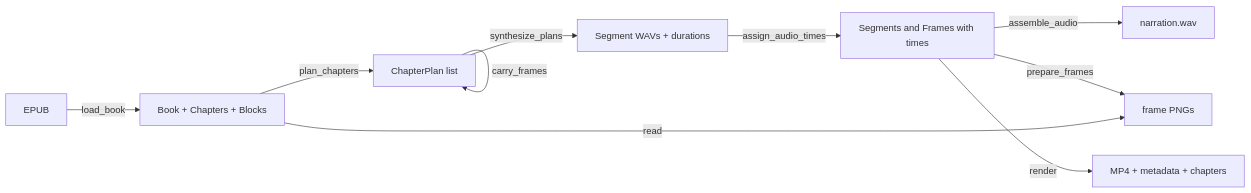
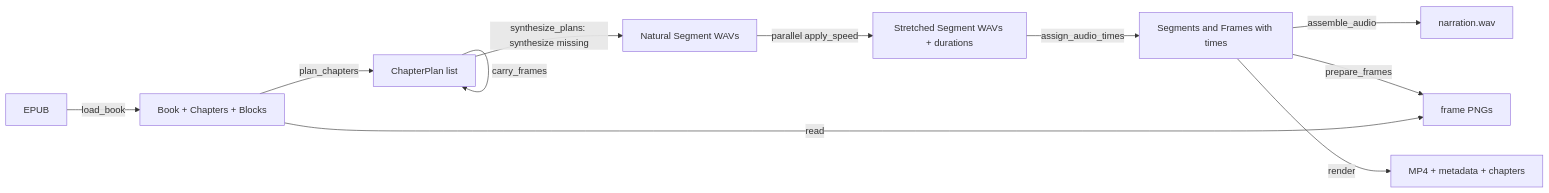
Before and after one commit to NikitaShubin/book2video: the diagram in docs/ARCHITECTURE.md, drawn with Mermaid. The commit also changed other lines of this file and 10 other files, not shown here.

Commit message:
Apply atempo to segments in parallel

````diff
--- a/docs/ARCHITECTURE.md
+++ b/docs/ARCHITECTURE.md
@@ -32,12 +32,13 @@
 ```mermaid
 flowchart LR
     EPUB[EPUB] -->|load_book| BOOK[Book + Chapters + Blocks]
     BOOK -->|plan_chapters| PLAN[ChapterPlan list]
     PLAN -->|carry_frames| PLAN
-    PLAN -->|synthesize_plans| AUDIO[Segment WAVs + durations]
+    PLAN -->|synthesize_plans: synthesize missing| NATURAL[Natural Segment WAVs]
+    NATURAL -->|parallel apply_speed| AUDIO[Stretched Segment WAVs + durations]
     AUDIO -->|assign_audio_times| TIMED[Segments and Frames with times]
     TIMED -->|assemble_audio| WAV[narration.wav]
     TIMED -->|prepare_frames| PNG[frame PNGs]
     TIMED -->|render| MP4[MP4 + metadata + chapters]
     BOOK -->|read| PNG
 ```
````
